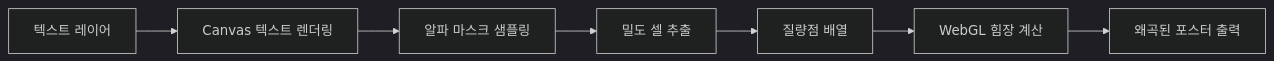
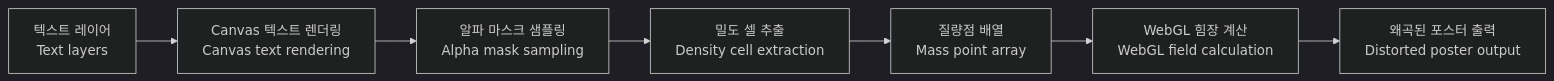
Before and after one commit to duskarb/fgma: the diagram in docs/algorithm.md, drawn with Mermaid (dark theme). The commit also changed other lines of this file, not shown here.

````diff
--- a/docs/algorithm.md
+++ b/docs/algorithm.md
@@ -7,9 +9,9 @@
 ```mermaid
 flowchart LR
-  A["텍스트 레이어"] --> B["Canvas 텍스트 렌더링"]
-  B --> C["알파 마스크 샘플링"]
-  C --> D["밀도 셀 추출"]
-  D --> E["질량점 배열"]
-  E --> F["WebGL 힘장 계산"]
-  F --> G["왜곡된 포스터 출력"]
+  A["텍스트 레이어<br/>Text layers"] --> B["Canvas 텍스트 렌더링<br/>Canvas text rendering"]
+  B --> C["알파 마스크 샘플링<br/>Alpha mask sampling"]
+  C --> D["밀도 셀 추출<br/>Density cell extraction"]
+  D --> E["질량점 배열<br/>Mass point array"]
+  E --> F["WebGL 힘장 계산<br/>WebGL field calculation"]
+  F --> G["왜곡된 포스터 출력<br/>Distorted poster output"]
 ```
````
